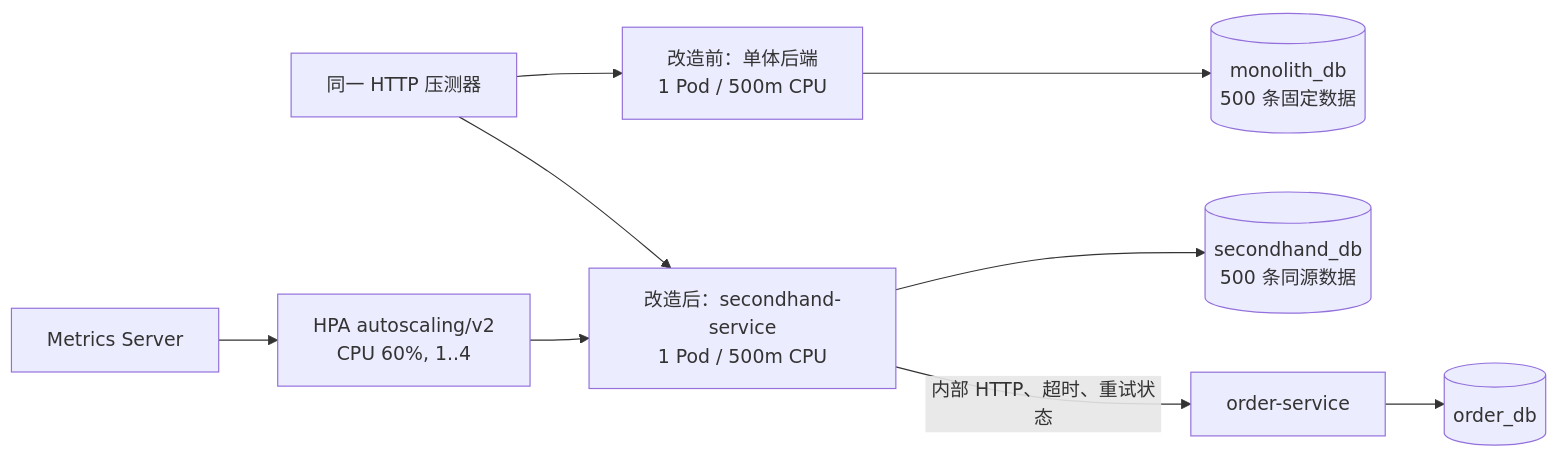
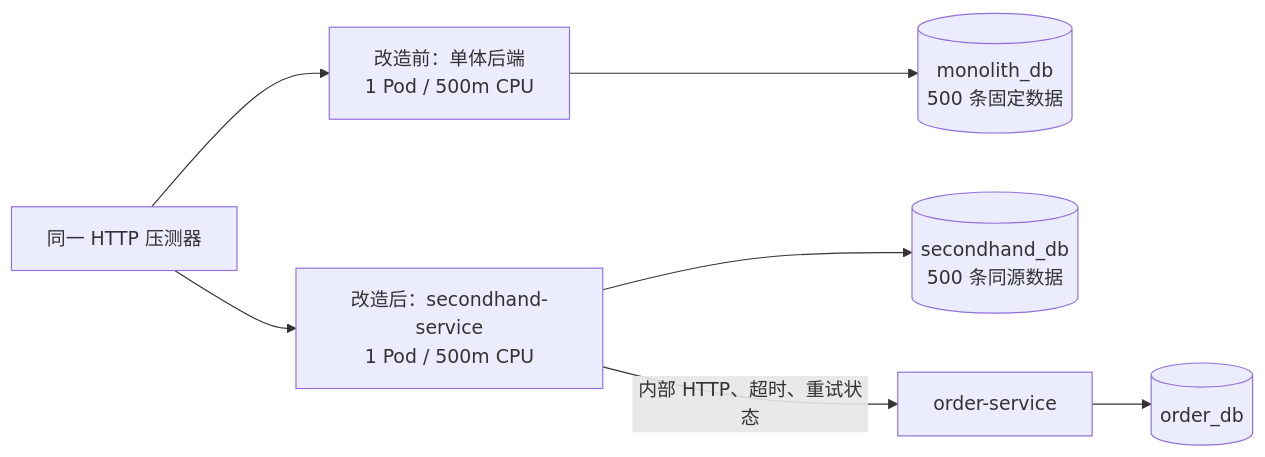
Before and after one commit to Isabella-Apus/SEGroup8: the first of 2 diagrams in 03_devops/cloud-native-experiments/README.md, drawn with Mermaid. The commit also changed other lines of this file and 53 other files, not shown here.

````diff
--- a/03_devops/cloud-native-experiments/README.md
+++ b/03_devops/cloud-native-experiments/README.md
@@ -26,11 +27,9 @@
 ```mermaid
 flowchart LR
   L[同一 HTTP 压测器] --> M[改造前：单体后端\n1 Pod / 500m CPU]
   L --> S[改造后：secondhand-service\n1 Pod / 500m CPU]
   M --> MDB[(monolith_db\n500 条固定数据)]
   S --> SDB[(secondhand_db\n500 条同源数据)]
   S -->|内部 HTTP、超时、重试状态| O[order-service]
   O --> ODB[(order_db)]
-  MS[Metrics Server] --> H[HPA autoscaling/v2\nCPU 60%, 1..4]
-  H --> S
 ```
````
